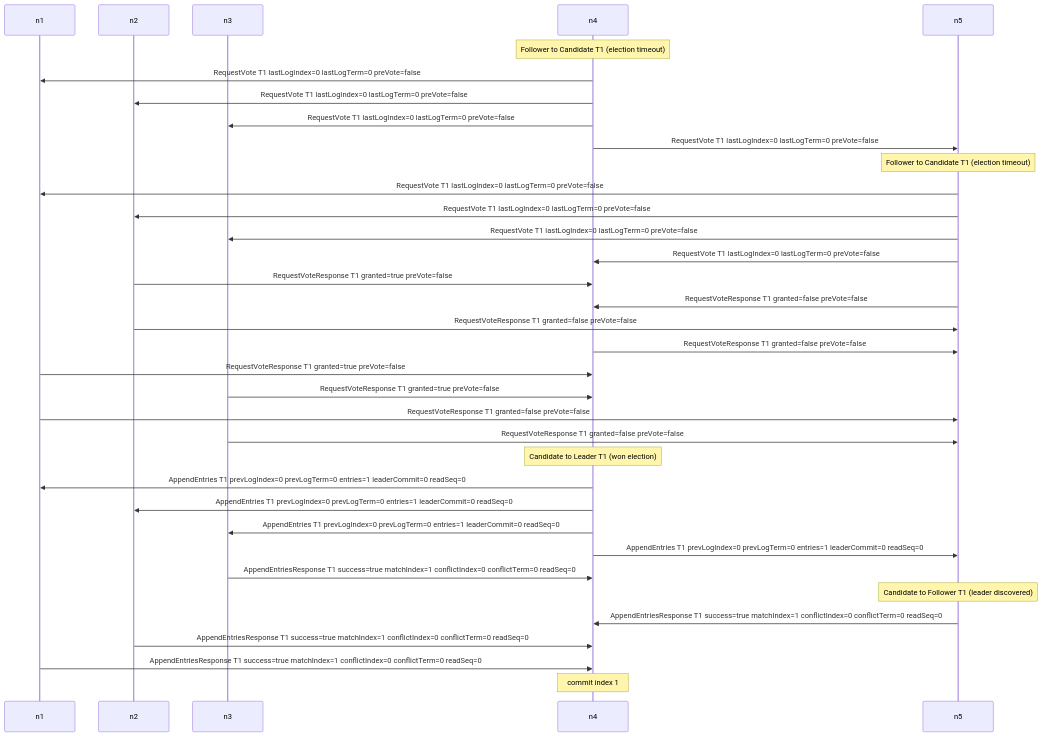
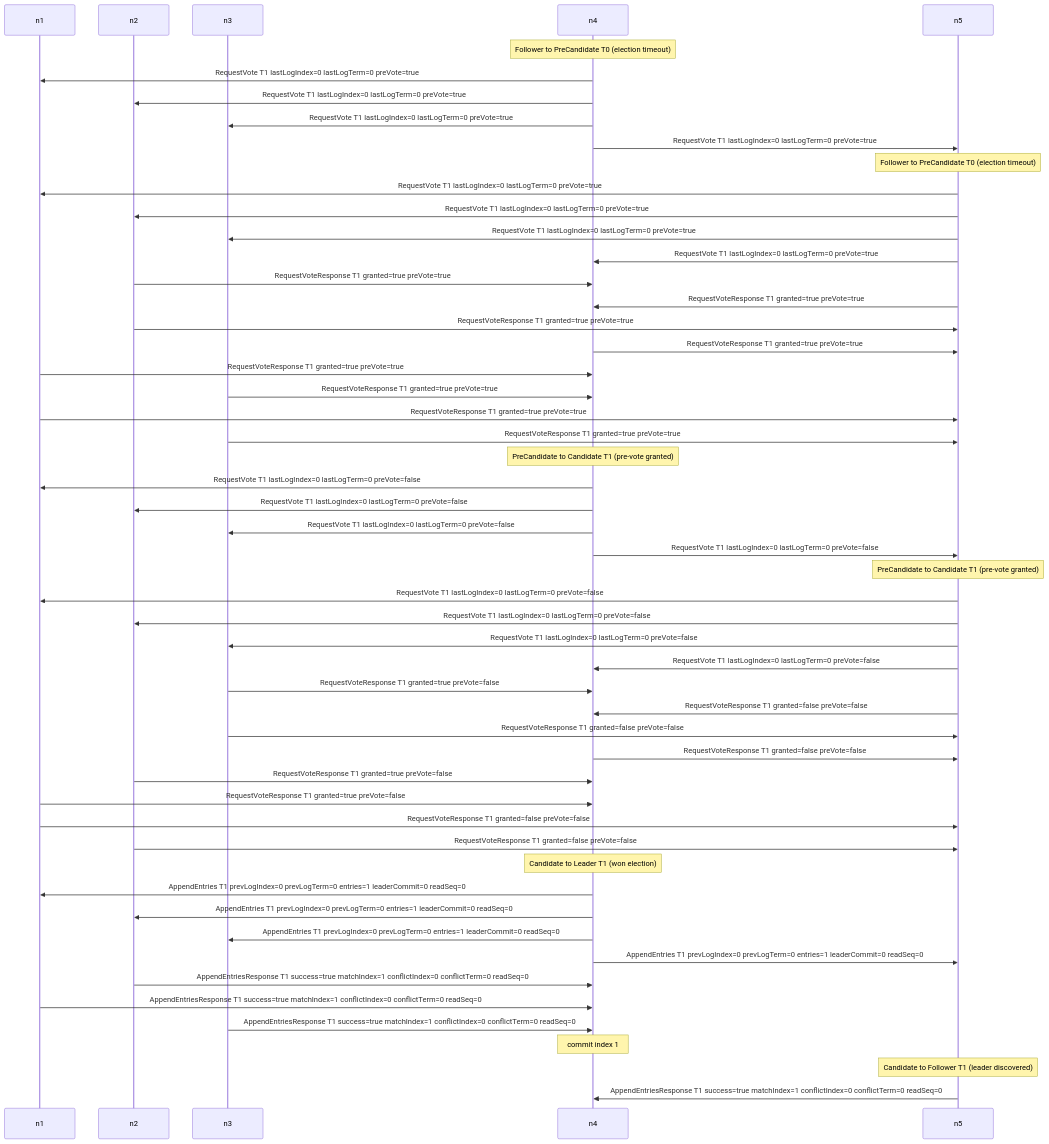
One commit to ok0/raftlab changed the diagram in docs/generated/election.md. Above: the diagram before and after it, drawn with Mermaid. The commit also changed other lines of this file and 51 other files, not shown here.

Commit message:
feat(core): add pre-vote and leadership transfer

````diff
--- a/docs/generated/election.md
+++ b/docs/generated/election.md
@@ -6,37 +6,55 @@
 ```mermaid
 sequenceDiagram
     participant P0 as n1
     participant P1 as n2
     participant P2 as n3
     participant P3 as n4
     participant P4 as n5
-    Note over P3: Follower to Candidate T1 (election timeout)
+    Note over P3: Follower to PreCandidate T0 (election timeout)
+    P3->>P0: RequestVote T1 lastLogIndex=0 lastLogTerm=0 preVote=true
+    P3->>P1: RequestVote T1 lastLogIndex=0 lastLogTerm=0 preVote=true
+    P3->>P2: RequestVote T1 lastLogIndex=0 lastLogTerm=0 preVote=true
+    P3->>P4: RequestVote T1 lastLogIndex=0 lastLogTerm=0 preVote=true
+    Note over P4: Follower to PreCandidate T0 (election timeout)
+    P4->>P0: RequestVote T1 lastLogIndex=0 lastLogTerm=0 preVote=true
+    P4->>P1: RequestVote T1 lastLogIndex=0 lastLogTerm=0 preVote=true
+    P4->>P2: RequestVote T1 lastLogIndex=0 lastLogTerm=0 preVote=true
+    P4->>P3: RequestVote T1 lastLogIndex=0 lastLogTerm=0 preVote=true
+    P1->>P3: RequestVoteResponse T1 granted=true preVote=true
+    P4->>P3: RequestVoteResponse T1 granted=true preVote=true
+    P1->>P4: RequestVoteResponse T1 granted=true preVote=true
+    P3->>P4: RequestVoteResponse T1 granted=true preVote=true
+    P0->>P3: RequestVoteResponse T1 granted=true preVote=true
+    P2->>P3: RequestVoteResponse T1 granted=true preVote=true
+    P0->>P4: RequestVoteResponse T1 granted=true preVote=true
+    P2->>P4: RequestVoteResponse T1 granted=true preVote=true
+    Note over P3: PreCandidate to Candidate T1 (pre-vote granted)
     P3->>P0: RequestVote T1 lastLogIndex=0 lastLogTerm=0 preVote=false
     P3->>P1: RequestVote T1 lastLogIndex=0 lastLogTerm=0 preVote=false
     P3->>P2: RequestVote T1 lastLogIndex=0 lastLogTerm=0 preVote=false
     P3->>P4: RequestVote T1 lastLogIndex=0 lastLogTerm=0 preVote=false
-    Note over P4: Follower to Candidate T1 (election timeout)
+    Note over P4: PreCandidate to Candidate T1 (pre-vote granted)
     P4->>P0: RequestVote T1 lastLogIndex=0 lastLogTerm=0 preVote=false
     P4->>P1: RequestVote T1 lastLogIndex=0 lastLogTerm=0 preVote=false
     P4->>P2: RequestVote T1 lastLogIndex=0 lastLogTerm=0 preVote=false
     P4->>P3: RequestVote T1 lastLogIndex=0 lastLogTerm=0 preVote=false
+    P2->>P3: RequestVoteResponse T1 granted=true preVote=false
+    P4->>P3: RequestVoteResponse T1 granted=false preVote=false
+    P2->>P4: RequestVoteResponse T1 granted=false preVote=false
+    P3->>P4: RequestVoteResponse T1 granted=false preVote=false
     P1->>P3: RequestVoteResponse T1 granted=true preVote=false
-    P4->>P3: RequestVoteResponse T1 granted=false preVote=false
+    P0->>P3: RequestVoteResponse T1 granted=true preVote=false
+    P0->>P4: RequestVoteResponse T1 granted=false preVote=false
     P1->>P4: RequestVoteResponse T1 granted=false preVote=false
-    P3->>P4: RequestVoteResponse T1 granted=false preVote=false
-    P0->>P3: RequestVoteResponse T1 granted=true preVote=false
-    P2->>P3: RequestVoteResponse T1 granted=true preVote=false
-    P0->>P4: RequestVoteResponse T1 granted=false preVote=false
-    P2->>P4: RequestVoteResponse T1 granted=false preVote=false
     Note over P3: Candidate to Leader T1 (won election)
     P3->>P0: AppendEntries T1 prevLogIndex=0 prevLogTerm=0 entries=1 leaderCommit=0 readSeq=0
     P3->>P1: AppendEntries T1 prevLogIndex=0 prevLogTerm=0 entries=1 leaderCommit=0 readSeq=0
     P3->>P2: AppendEntries T1 prevLogIndex=0 prevLogTerm=0 entries=1 leaderCommit=0 readSeq=0
     P3->>P4: AppendEntries T1 prevLogIndex=0 prevLogTerm=0 entries=1 leaderCommit=0 readSeq=0
+    P1->>P3: AppendEntriesResponse T1 success=true matchIndex=1 conflictIndex=0 conflictTerm=0 readSeq=0
+    P0->>P3: AppendEntriesResponse T1 success=true matchIndex=1 conflictIndex=0 conflictTerm=0 readSeq=0
     P2->>P3: AppendEntriesResponse T1 success=true matchIndex=1 conflictIndex=0 conflictTerm=0 readSeq=0
+    Note over P3: commit index 1
     Note over P4: Candidate to Follower T1 (leader discovered)
     P4->>P3: AppendEntriesResponse T1 success=true matchIndex=1 conflictIndex=0 conflictTerm=0 readSeq=0
-    P1->>P3: AppendEntriesResponse T1 success=true matchIndex=1 conflictIndex=0 conflictTerm=0 readSeq=0
-    P0->>P3: AppendEntriesResponse T1 success=true matchIndex=1 conflictIndex=0 conflictTerm=0 readSeq=0
-    Note over P3: commit index 1
 ```
````
